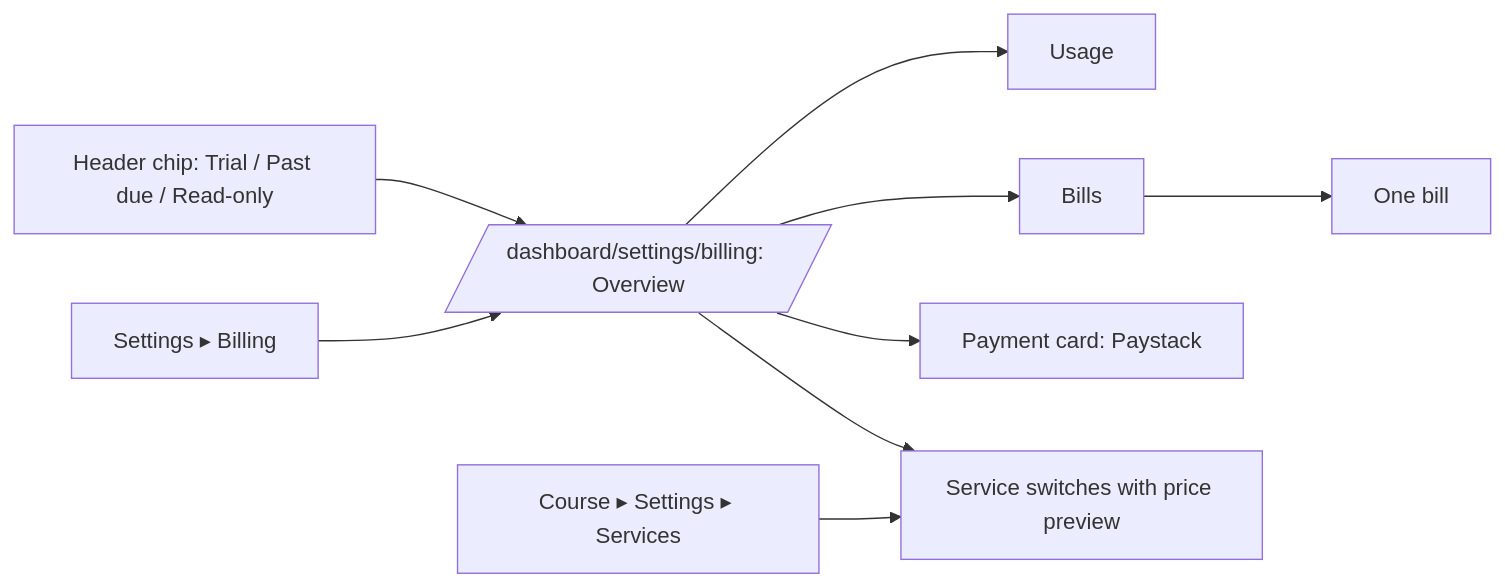
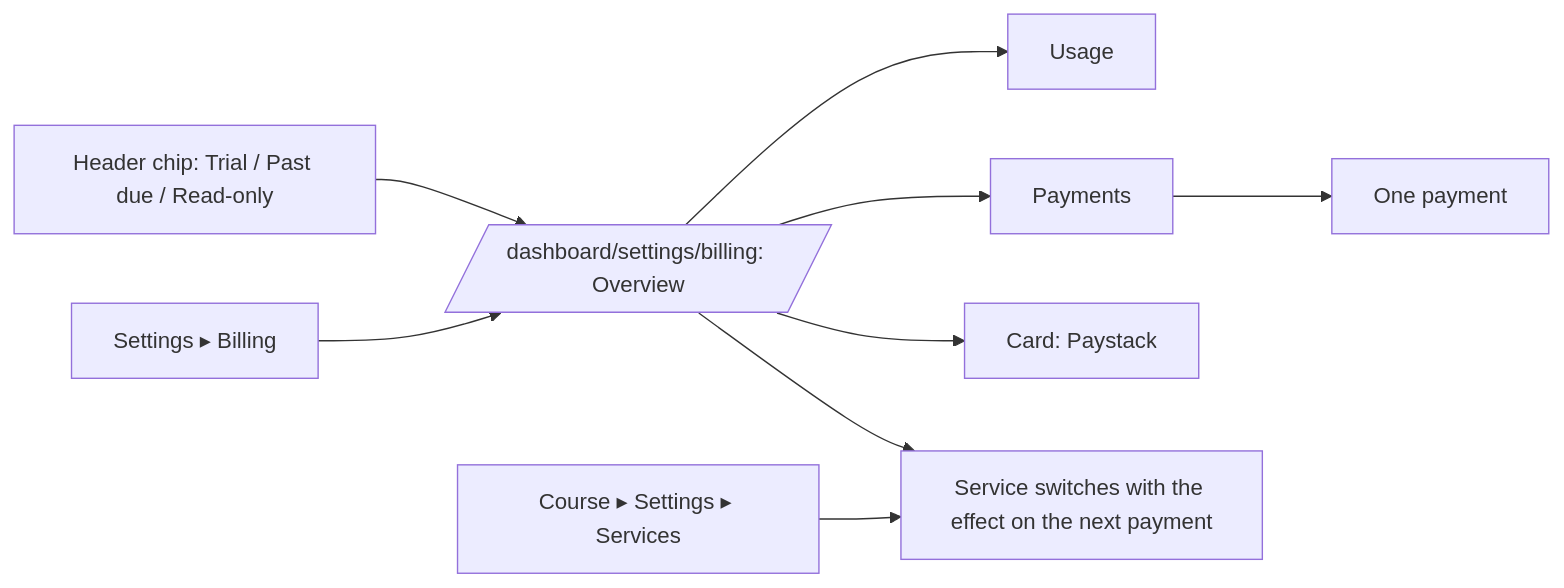
The first of 2 diagrams in docs/revamp/a/ux/03-billing.md (jassiel-ndlovu/grit-lms), drawn with Mermaid before and after one commit. The commit also changed other lines of this file and 7 other files, not shown here.

First line of the commit message:
docs(revamp): A3 UX flows, part 2 (payments, discounts, admin; owner decisions)

````diff
--- a/docs/revamp/a/ux/03-billing.md
+++ b/docs/revamp/a/ux/03-billing.md
@@ -9,10 +9,10 @@
 ```mermaid
 flowchart LR
   chip[Header chip: Trial / Past due / Read-only] --> ov
   set[Settings ▸ Billing] --> ov[/dashboard/settings/billing: Overview/]
   ov --> use[Usage]
-  ov --> bills[Bills] --> bill[One bill]
-  ov --> card[Payment card: Paystack]
+  ov --> pays[Payments] --> one[One payment]
+  ov --> card[Card: Paystack]
   ov --> svc
-  course[Course ▸ Settings ▸ Services] --> svc[Service switches with price preview]
+  course[Course ▸ Settings ▸ Services] --> svc[Service switches with the effect on the next payment]
 ```
````
